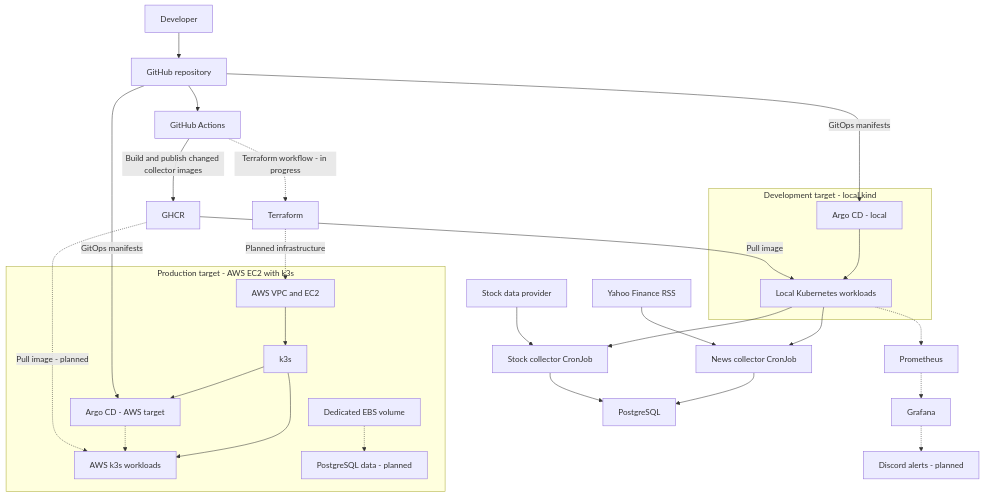
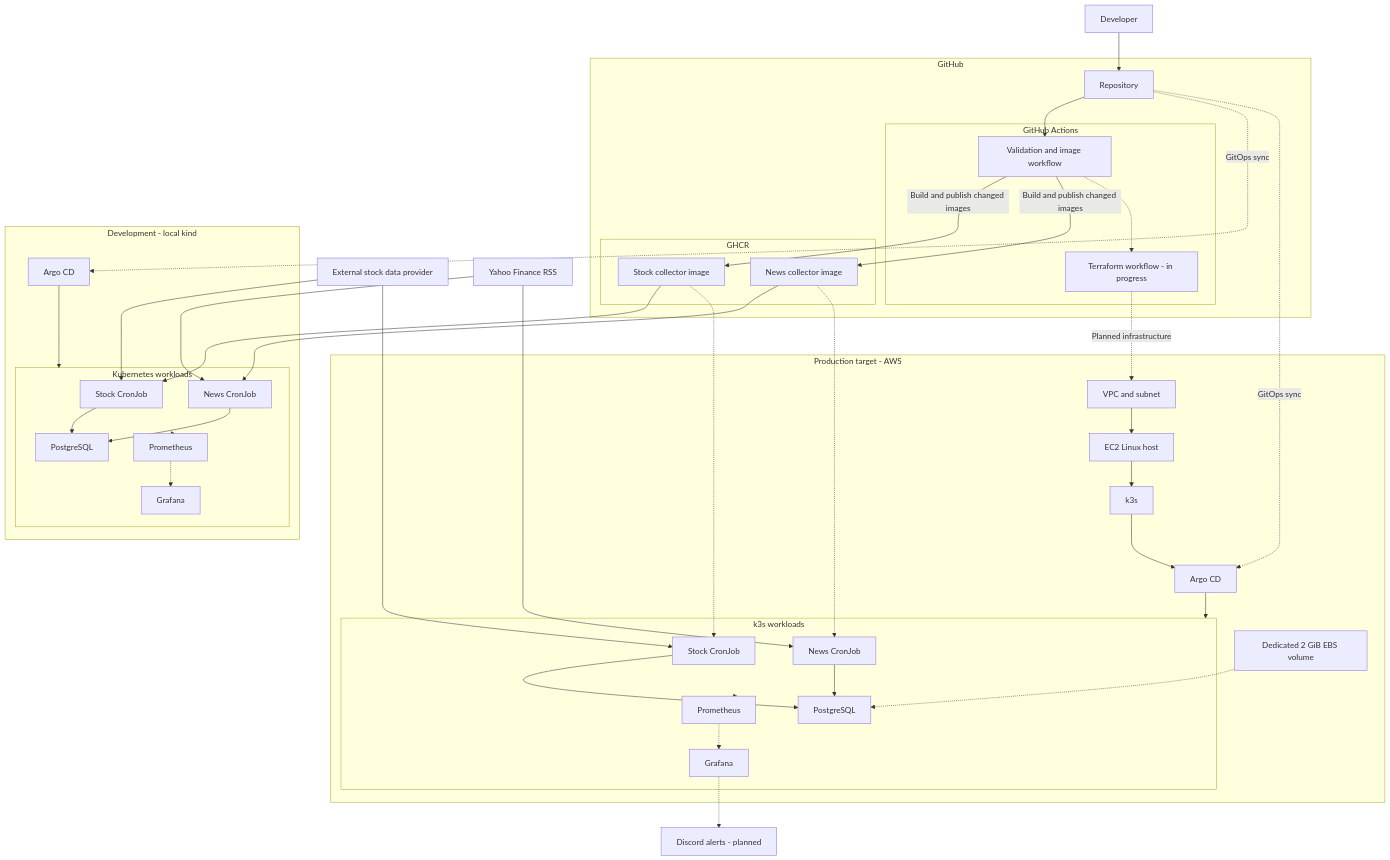
The diagram in README.md (dandapss/DevOps_Event_Intelligence_Platform), drawn with Mermaid before and after one commit. The commit also changed other lines of this file, not shown here.

Commit message:
.. [skip ci]

````diff
--- a/README.md
+++ b/README.md
@@ -7,37 +7,70 @@
 ```mermaid
 flowchart TB
-  Dev[Developer] --> Repo[GitHub repository]
-  Repo --> Actions[GitHub Actions]
-  Actions -->|Build and publish changed collector images| GHCR[GHCR]
-  Actions -.->|Terraform workflow - in progress| TF[Terraform]
-  TF -.->|Planned infrastructure| VPC[AWS VPC and EC2]
+  Dev[Developer]
 
-  Repo -->|GitOps manifests| ArgoLocal[Argo CD - local]
-  Repo -->|GitOps manifests| ArgoProd[Argo CD - AWS target]
-  GHCR -->|Pull image| AppsLocal[Local Kubernetes workloads]
-  GHCR -.->|Pull image - planned| AppsProd[AWS k3s workloads]
-  ArgoLocal --> AppsLocal
-  ArgoProd -.-> AppsProd
-
-  subgraph Local[Development target - local kind]
-    ArgoLocal
-    AppsLocal
+  subgraph GitHub["GitHub"]
+    Repo[Repository]
+    subgraph Actions["GitHub Actions"]
+      CI[Validation and image workflow]
+      TF[Terraform workflow - in progress]
+    end
+    subgraph Registry["GHCR"]
+      StockImage[Stock collector image]
+      NewsImage[News collector image]
+    end
+    Repo --> CI
+    CI -->|Build and publish changed images| StockImage
+    CI -->|Build and publish changed images| NewsImage
+    CI -.-> TF
   end
 
-  subgraph Cloud[Production target - AWS EC2 with k3s]
-    VPC --> K3s[k3s]
-    K3s --> ArgoProd
-    K3s --> AppsProd
-    EBS[Dedicated EBS volume] -.-> PGData[PostgreSQL data - planned]
+  Dev --> Repo
+  TF -.->|Planned infrastructure| VPC
+  Repo -.->|GitOps sync| ArgoLocal
+  Repo -.->|GitOps sync| ArgoProd
+
+  subgraph Local["Development - local kind"]
+    ArgoLocal[Argo CD]
+    subgraph LocalK8s["Kubernetes workloads"]
+      LStock[Stock CronJob]
+      LNews[News CronJob]
+      LPostgres[PostgreSQL]
+      LProm[Prometheus]
+      LGrafana[Grafana]
+    end
+    ArgoLocal --> LocalK8s
+    LStock --> LPostgres
+    LNews --> LPostgres
+    LocalK8s -.-> LProm
+    LProm -.-> LGrafana
   end
 
-  StockAPI[Stock data provider] --> Stock[Stock collector CronJob]
-  NewsRSS[Yahoo Finance RSS] --> News[News collector CronJob]
-  AppsLocal --> Stock
-  AppsLocal --> News
-  Stock --> PGLocal[PostgreSQL]
-  News --> PGLocal
-  AppsLocal -.-> Prom[Prometheus]
-  Prom -.-> Grafana[Grafana]
-  Grafana -.-> Discord[Discord alerts - planned]
+  subgraph AWS["Production target - AWS"]
+    VPC[VPC and subnet] --> EC2[EC2 Linux host]
+    EC2 --> K3s[k3s]
+    K3s --> ArgoProd[Argo CD]
+    ArgoProd --> ProdK8s
+    subgraph ProdK8s["k3s workloads"]
+      PStock[Stock CronJob]
+      PNews[News CronJob]
+      PPostgres[PostgreSQL]
+      PProm[Prometheus]
+      PGrafana[Grafana]
+    end
+    PStock --> PPostgres
+    PNews --> PPostgres
+    ProdK8s -.-> PProm
+    PProm -.-> PGrafana
+    EBS[Dedicated 2 GiB EBS volume] -.-> PPostgres
+  end
+
+  StockImage --> LStock
+  NewsImage --> LNews
+  StockImage -.-> PStock
+  NewsImage -.-> PNews
+  StockAPI[External stock data provider] --> LStock
+  StockAPI --> PStock
+  NewsRSS[Yahoo Finance RSS] --> LNews
+  NewsRSS --> PNews
+  PGrafana -.-> Discord[Discord alerts - planned]
 ```
````
